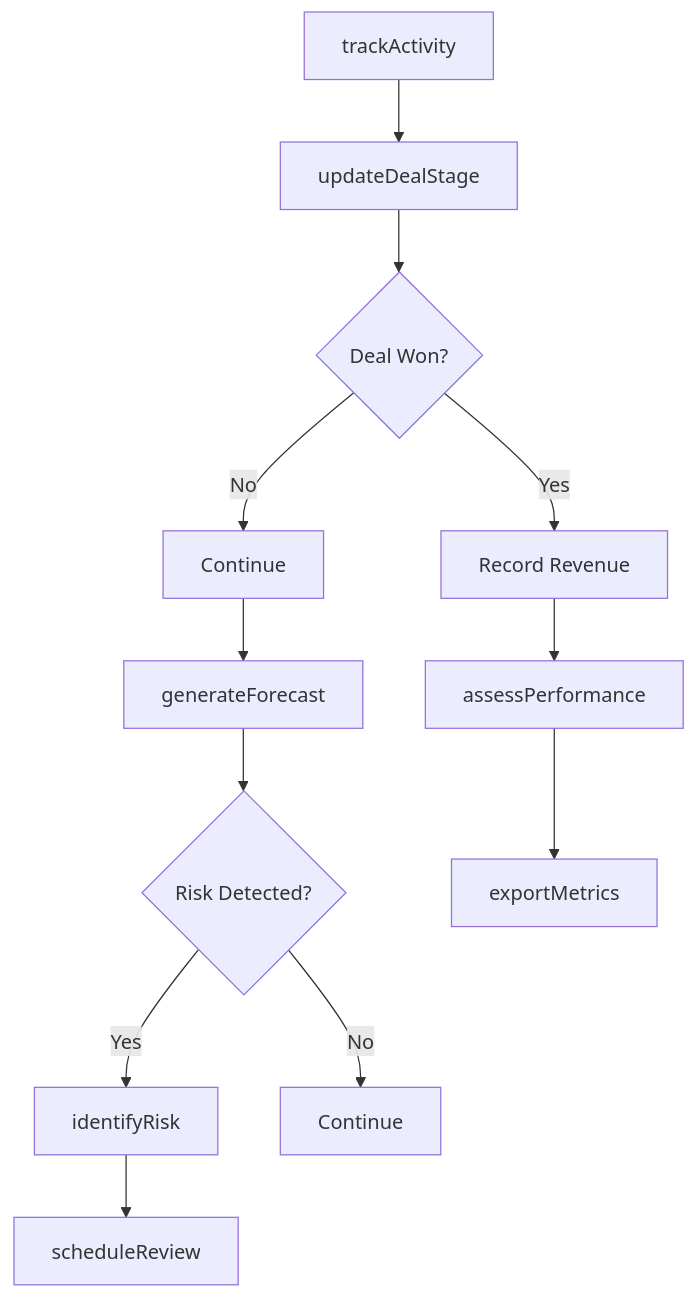
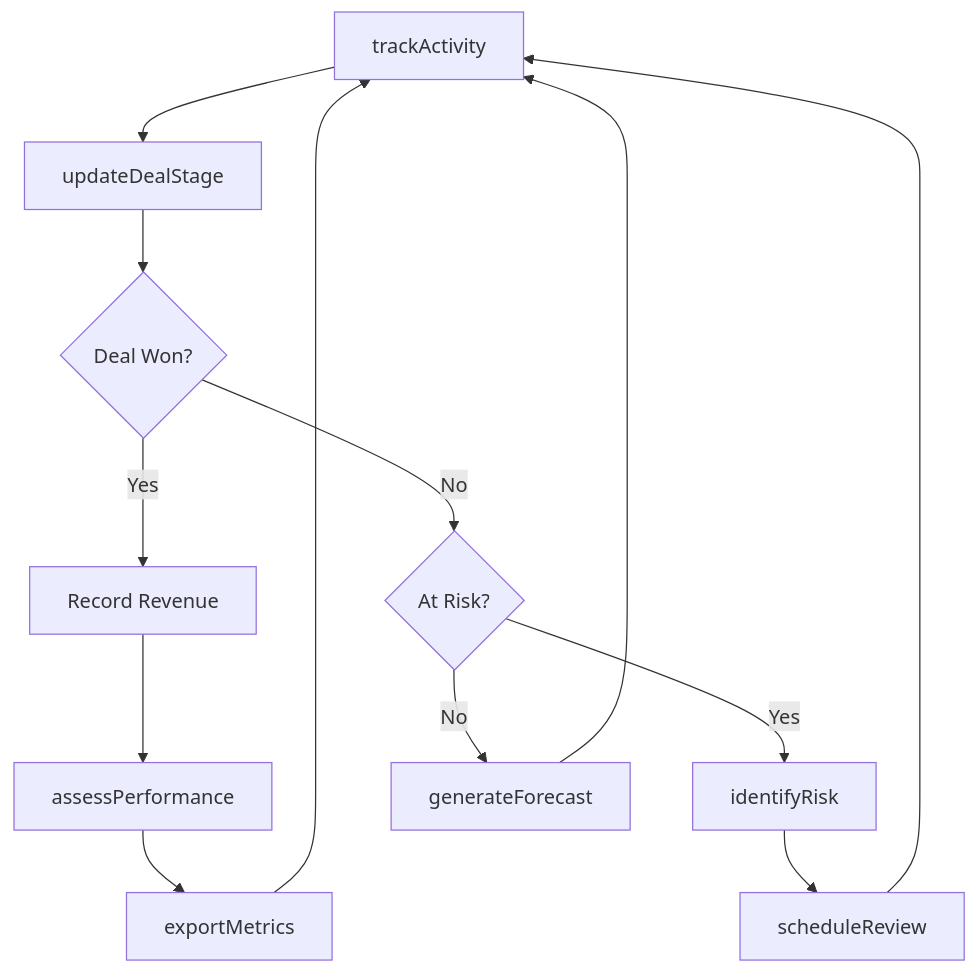
One commit to dot-org-ai/tasks.org.ai changed the third of 4 diagrams in MonitoringProcessesMaterialsOrSurroundings/MonitorFinancialDataOrActivities/MonitorSalesActivities.mdx. Above: the diagram before and after it, drawn with Mermaid. The commit also changed other lines of this file and 504 other files, not shown here.

First line of the commit message:
feat: Add ER diagrams, state diagrams, and workflow improvements to 96 DWA task files

````diff
--- a/MonitoringProcessesMaterialsOrSurroundings/MonitorFinancialDataOrActivities/MonitorSalesActivities.mdx
+++ b/MonitoringProcessesMaterialsOrSurroundings/MonitorFinancialDataOrActivities/MonitorSalesActivities.mdx
@@ -87,14 +117,15 @@
 ```mermaid
 graph TD
     A[trackActivity] --> B[updateDealStage]
     B --> C{Deal Won?}
     C -->|Yes| D[Record Revenue]
-    C -->|No| E[Continue]
+    C -->|No| E{At Risk?}
     D --> F[assessPerformance]
-    E --> G[generateForecast]
-    G --> H{Risk Detected?}
-    H -->|Yes| I[identifyRisk]
-    H -->|No| J[Continue]
-    I --> K[scheduleReview]
-    F --> L[exportMetrics]
+    E -->|Yes| G[identifyRisk]
+    E -->|No| H[generateForecast]
+    G --> I[scheduleReview]
+    F --> J[exportMetrics]
+    H --> A
+    I --> A
+    J --> A
 ```
````
